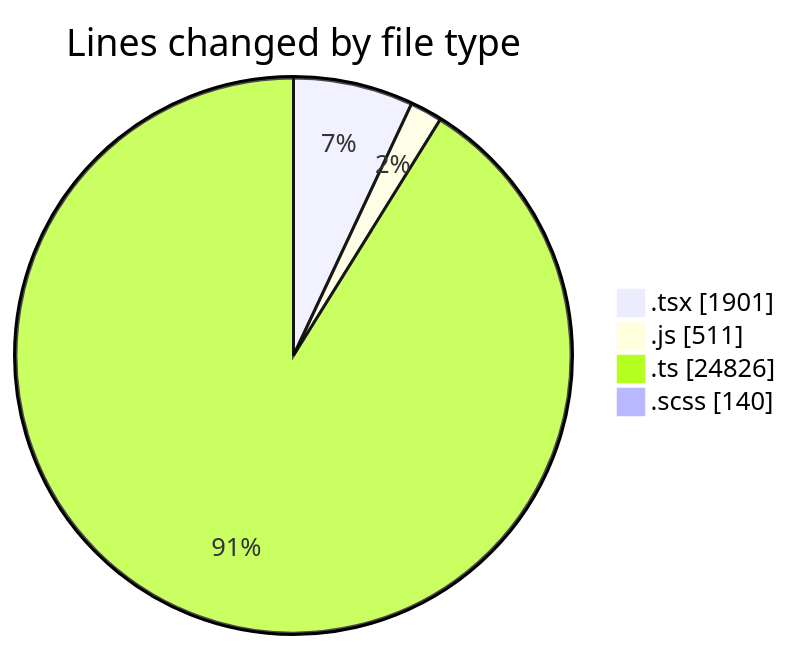
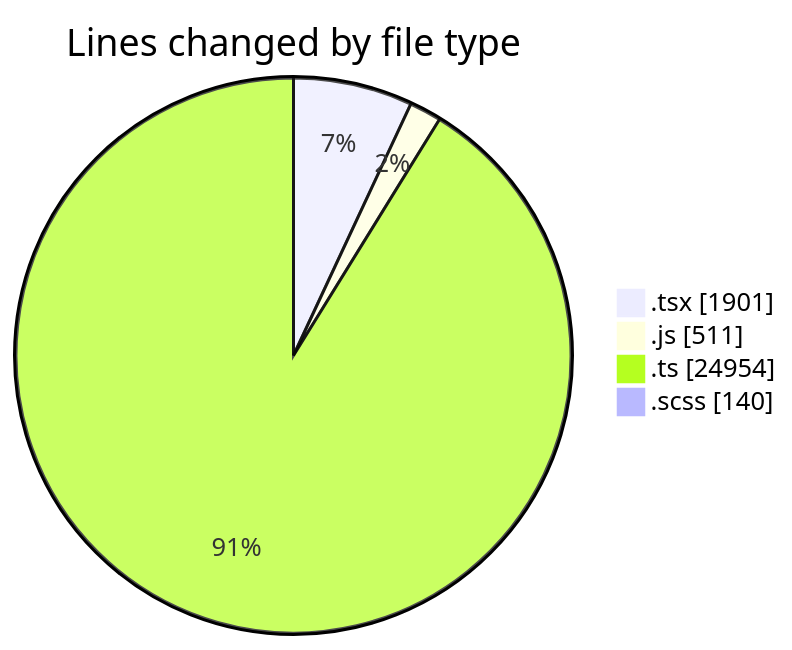
Before and after one commit to momahboobian/code-tracking: the first of 2 diagrams in 2025-06-30/cda/README.md, drawn with Mermaid. The commit also changed other lines of this file and 1 other file, not shown here.

````diff
--- a/2025-06-30/cda/README.md
+++ b/2025-06-30/cda/README.md
@@ -37,8 +37,8 @@
 ```mermaid
 pie showData
 title Lines changed by file type
 ".tsx" : 1901
 ".js" : 511
-".ts" : 24826
+".ts" : 24954
 ".scss" : 140
 ```
````
